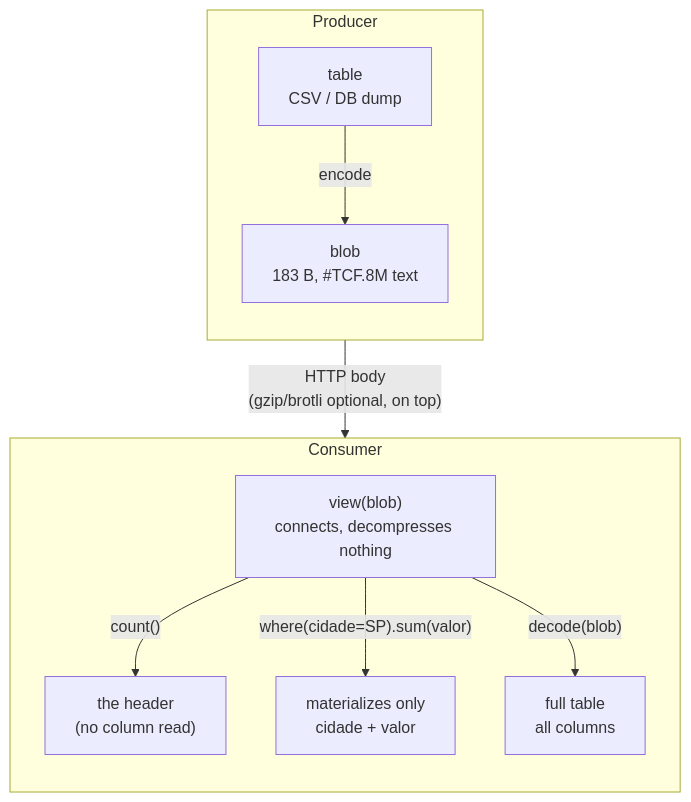
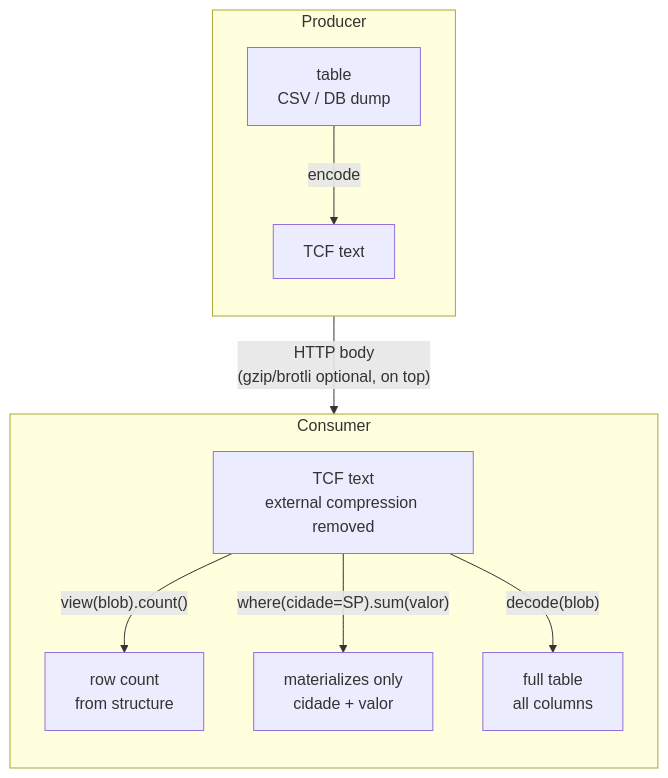
Before and after one commit to LeoPR/TCF: the diagram in README.md, drawn with Mermaid. The commit also changed other lines of this file and 11 other files, not shown here.

````diff
--- a/README.md
+++ b/README.md
@@ -689,14 +569,14 @@
 ```mermaid
 flowchart TB
     subgraph Producer
         direction TB
-        A[table<br/>CSV / DB dump] -->|encode| B["blob<br/>183 B, #TCF.8M text"]
+        A[table<br/>CSV / DB dump] -->|encode| B["TCF text"]
     end
     B -->|"HTTP body<br/>(gzip/brotli optional, on top)"| C
     subgraph Consumer
         direction TB
-        C["view(blob)<br/>connects, decompresses nothing"] -->|"count()"| D["the header<br/>(no column read)"]
+        C["TCF text<br/>external compression removed"] -->|"view(blob).count()"| D["row count<br/>from structure"]
         C -->|"where(cidade=SP).sum(valor)"| E["materializes only<br/>cidade + valor"]
         C -->|"decode(blob)"| F[full table<br/>all columns]
     end
 ```
````
